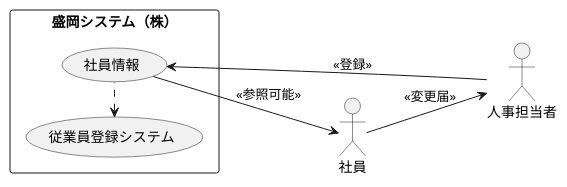
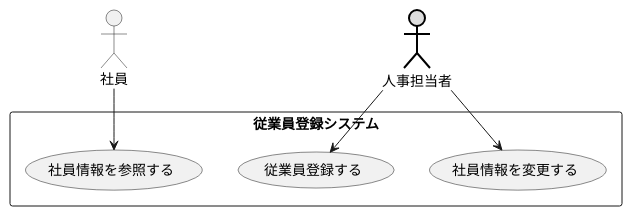
Before and after one commit to Tanifuji94/uml-introduction: the diagram in 演習2-6_盛岡システム_従業員登録システム.pu, drawn with PlantUML.

Commit message:
演習2－6

```diff
--- a/演習2-6_盛岡システム_従業員登録システム.pu
+++ b/演習2-6_盛岡システム_従業員登録システム.pu
@@ -1,14 +1,12 @@
 @startuml 演習2―6
-left to right direction
-actor 人事担当者
-actor 社員
-
-rectangle 盛岡システム（株）{
-    usecase 従業員登録システム
-    usecase 社員情報
-}
-社員情報 <-- 人事担当者 : <<登録>>
-従業員登録システム <. 社員情報
-社員情報 --> 社員 : <<参照可能>> 
-社員 --> 人事担当者 : <<変更届>>
+    actor 社員 as d
+    actor 人事担当者 as a #DDDDDD;line:black;line.bold;
+    rectangle 従業員登録システム {
+    usecase 従業員登録する as b
+    usecase 社員情報を参照する as c
+    usecase 社員情報を変更する as e
+    }
+    a --> b
+    d --> c
+    a --> e
 @enduml
```
